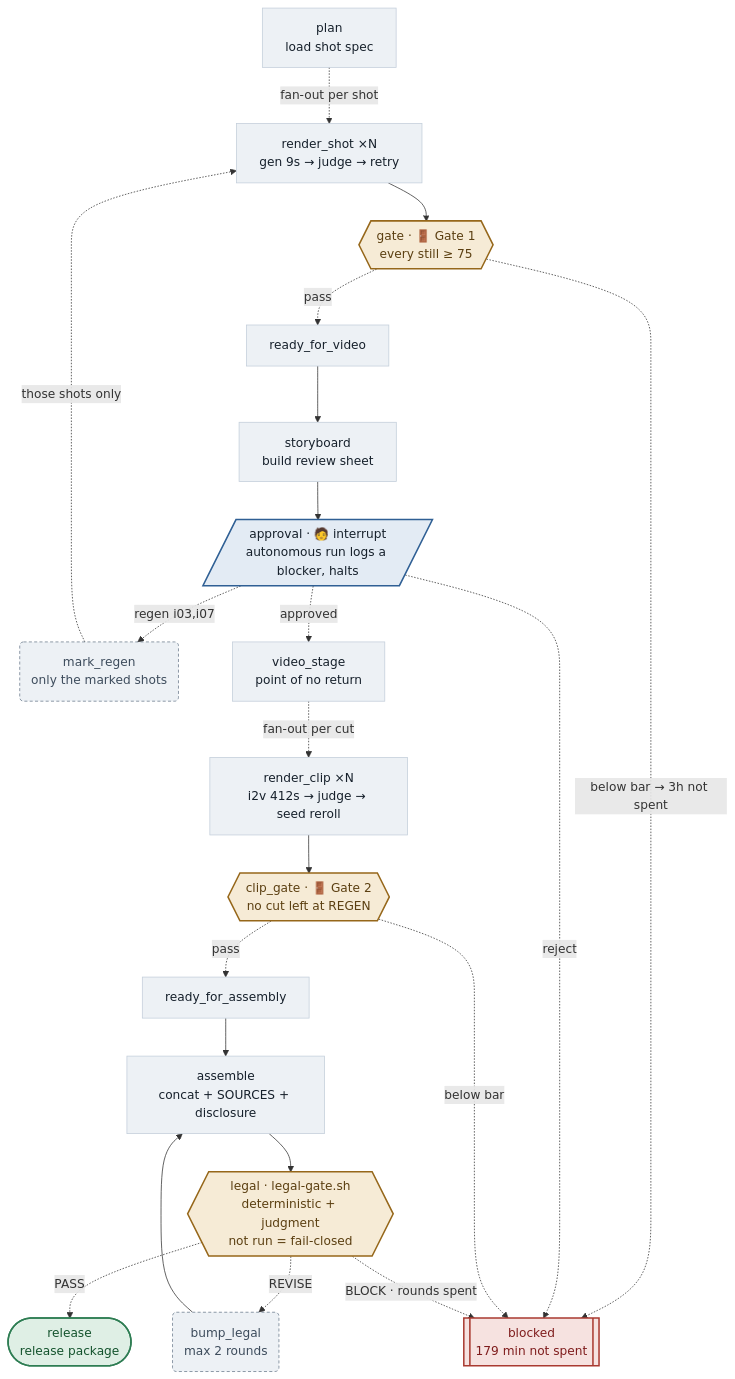
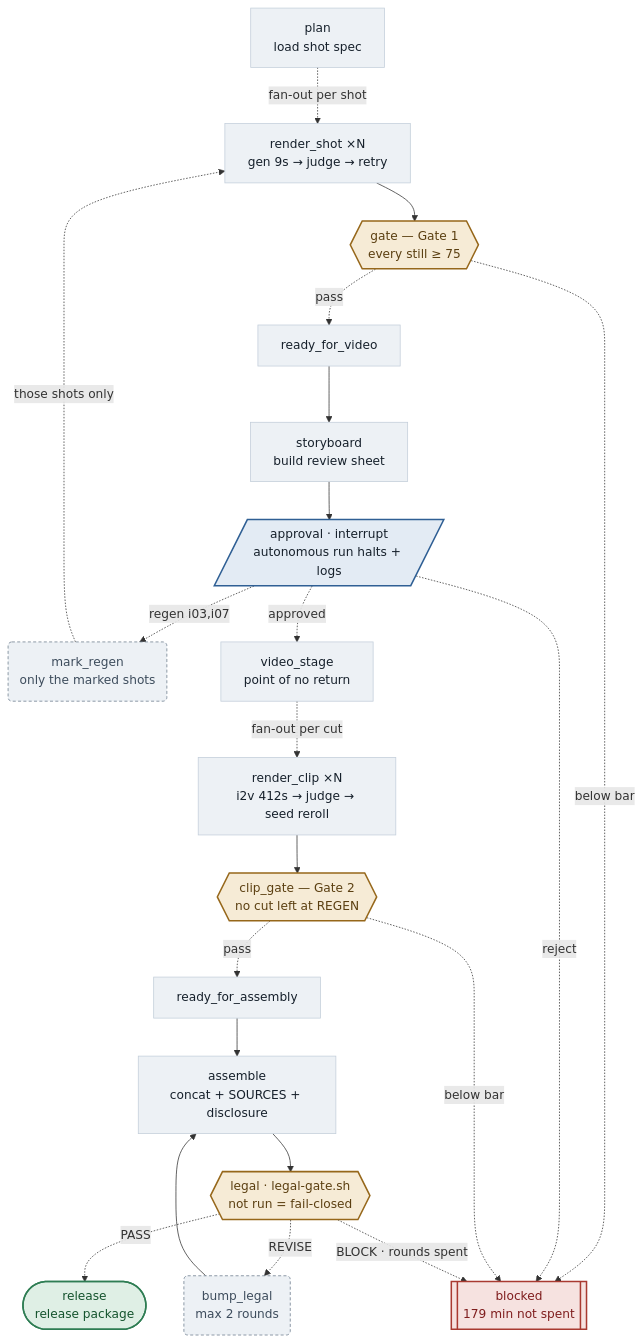
One commit to MelonS/MelonS-Agents changed the first of 3 diagrams in README.md. Above: the diagram before and after it, drawn with Mermaid. The commit also changed other lines of this file and 3 other files, not shown here.

````diff
--- a/README.md
+++ b/README.md
@@ -81,54 +81,54 @@
 ```mermaid
 flowchart TD
   plan["plan<br/>load shot spec"]
   render_shot["render_shot ×N<br/>gen 9s → judge → retry"]
-  gate{{"gate · 🚪 Gate 1<br/>every still ≥ 75"}}
+  gate{{"gate — Gate 1<br/>every still ≥ 75"}}
   ready_for_video["ready_for_video"]
   storyboard["storyboard<br/>build review sheet"]
-  approval[/"approval · 🧑 interrupt<br/>autonomous run logs a blocker, halts"/]
+  approval[/"approval · interrupt<br/>autonomous run halts + logs"/]
   mark_regen("mark_regen<br/>only the marked shots")
   video_stage["video_stage<br/>point of no return"]
   render_clip["render_clip ×N<br/>i2v 412s → judge → seed reroll"]
-  clip_gate{{"clip_gate · 🚪 Gate 2<br/>no cut left at REGEN"}}
+  clip_gate{{"clip_gate — Gate 2<br/>no cut left at REGEN"}}
   ready_for_assembly["ready_for_assembly"]
   assemble["assemble<br/>concat + SOURCES + disclosure"]
-  legal{{"legal · legal-gate.sh<br/>deterministic + judgment<br/>not run = fail-closed"}}
+  legal{{"legal · legal-gate.sh<br/>not run = fail-closed"}}
   bump_legal("bump_legal<br/>max 2 rounds")
   release(["release<br/>release package"])
   blocked[["blocked<br/>179 min not spent"]]
 
   plan -. "fan-out per shot" .-> render_shot
   render_shot --> gate
   gate -. "pass" .-> ready_for_video
-  gate -. "below bar → 3h not spent" .-> blocked
+  gate -. "below bar" .-> blocked
   ready_for_video --> storyboard
   storyboard --> approval
   approval -. "regen i03,i07" .-> mark_regen
   approval -. "approved" .-> video_stage
   approval -. "reject" .-> blocked
   mark_regen -. "those shots only" .-> render_shot
   video_stage -. "fan-out per cut" .-> render_clip
   render_clip --> clip_gate
   clip_gate -. "pass" .-> ready_for_assembly
   clip_gate -. "below bar" .-> blocked
   ready_for_assembly --> assemble
   assemble --> legal
   legal -. "REVISE" .-> bump_legal
   legal -. "PASS" .-> release
   legal -. "BLOCK · rounds spent" .-> blocked
   bump_legal --> assemble
 
   classDef step fill:#EDF1F5,stroke:#C3CEDA,stroke-width:1px,color:#16202B
   classDef gate fill:#F6EBD6,stroke:#96671A,stroke-width:2px,color:#5B3F11
   classDef mutex fill:#E3EBF4,stroke:#2F5F94,stroke-width:2px,color:#16202B
   classDef human fill:#E3EBF4,stroke:#2F5F94,stroke-width:2px,color:#16202B
   classDef retry fill:#EDF1F5,stroke:#6B7C8D,stroke-width:1px,stroke-dasharray:4 3,color:#3D4C5C
   classDef done fill:#DFEFE5,stroke:#2E7D53,stroke-width:2px,color:#14532D
   classDef stop fill:#F6E2E0,stroke:#A93A31,stroke-width:2px,color:#7F1D1D
   class assemble,plan,ready_for_assembly,ready_for_video,render_clip,render_shot,storyboard,video_stage step
   class clip_gate,gate,legal gate
   class approval human
   class bump_legal,mark_regen retry
   class release done
   class blocked stop
 ```
````
